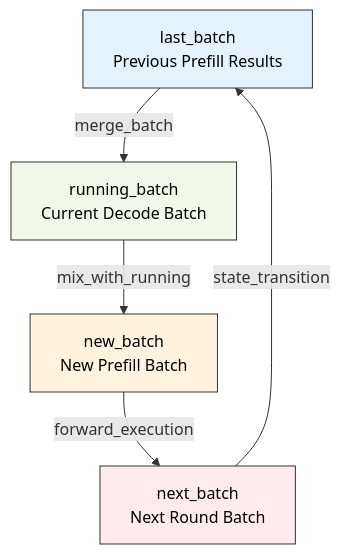
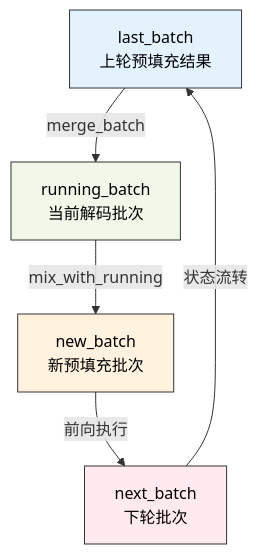
The sixth of 6 diagrams in SGLang开发者技术文档/01-调度器/04-批处理调度策略.md (JRChen0927/sglang), drawn with Mermaid before and after one commit. The commit also changed other lines of this file, not shown here.

````diff
--- a/SGLang开发者技术文档/01-调度器/04-批处理调度策略.md
+++ b/SGLang开发者技术文档/01-调度器/04-批处理调度策略.md
@@ -722,17 +728,17 @@
 ```mermaid
 graph TD
-    A["last_batch<br/>Previous Prefill Results"]
-    B["running_batch<br/>Current Decode Batch"]  
-    C["new_batch<br/>New Prefill Batch"]
-    D["next_batch<br/>Next Round Batch"]
+    A["last_batch<br/>上轮预填充结果"]
+    B["running_batch<br/>当前解码批次"]  
+    C["new_batch<br/>新预填充批次"]
+    D["next_batch<br/>下轮批次"]
 
     A -->|merge_batch| B
     B -->|mix_with_running| C
-    C -->|forward_execution| D
-    D -->|state_transition| A
+    C -->|前向执行| D
+    D -->|状态流转| A
 
     style A fill:#e3f2fd,color:#000000,stroke:#333
     style B fill:#f1f8e9,color:#000000,stroke:#333
     style C fill:#fff3e0,color:#000000,stroke:#333
     style D fill:#ffebee,color:#000000,stroke:#333
 ```
````
